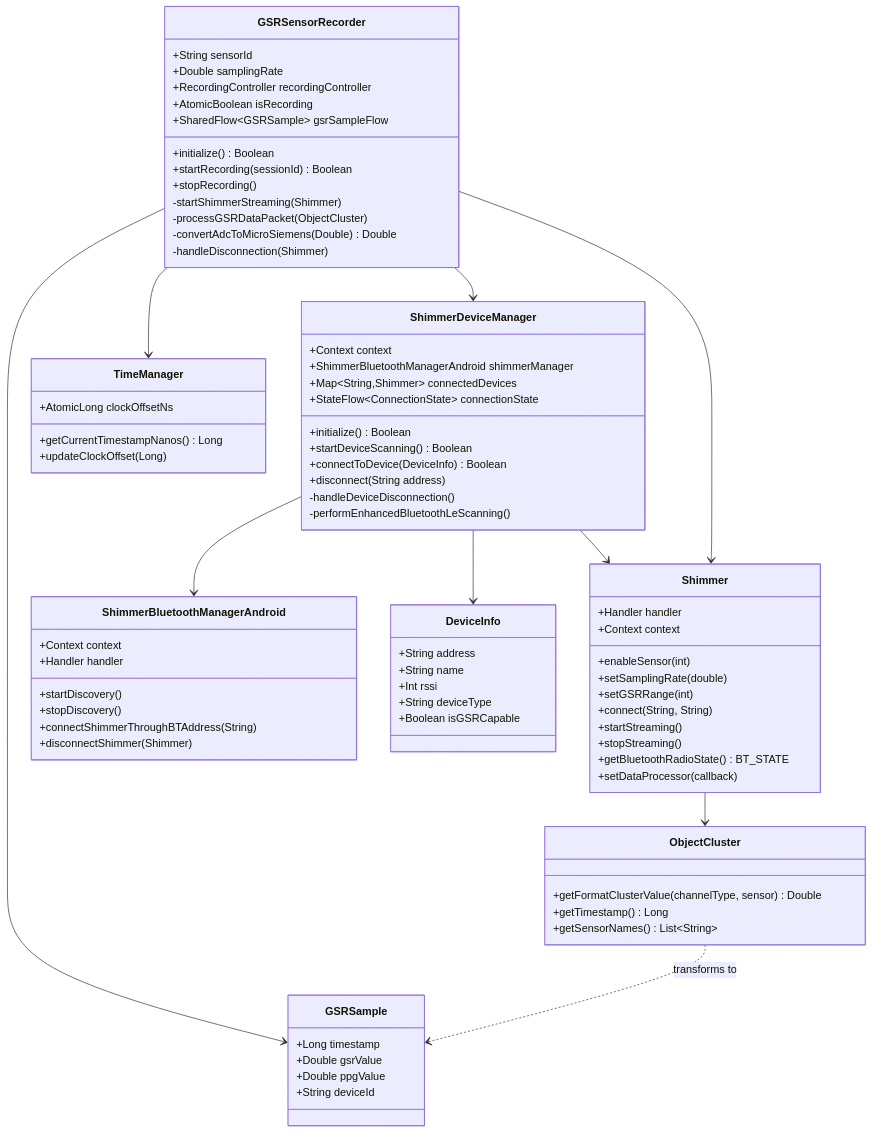
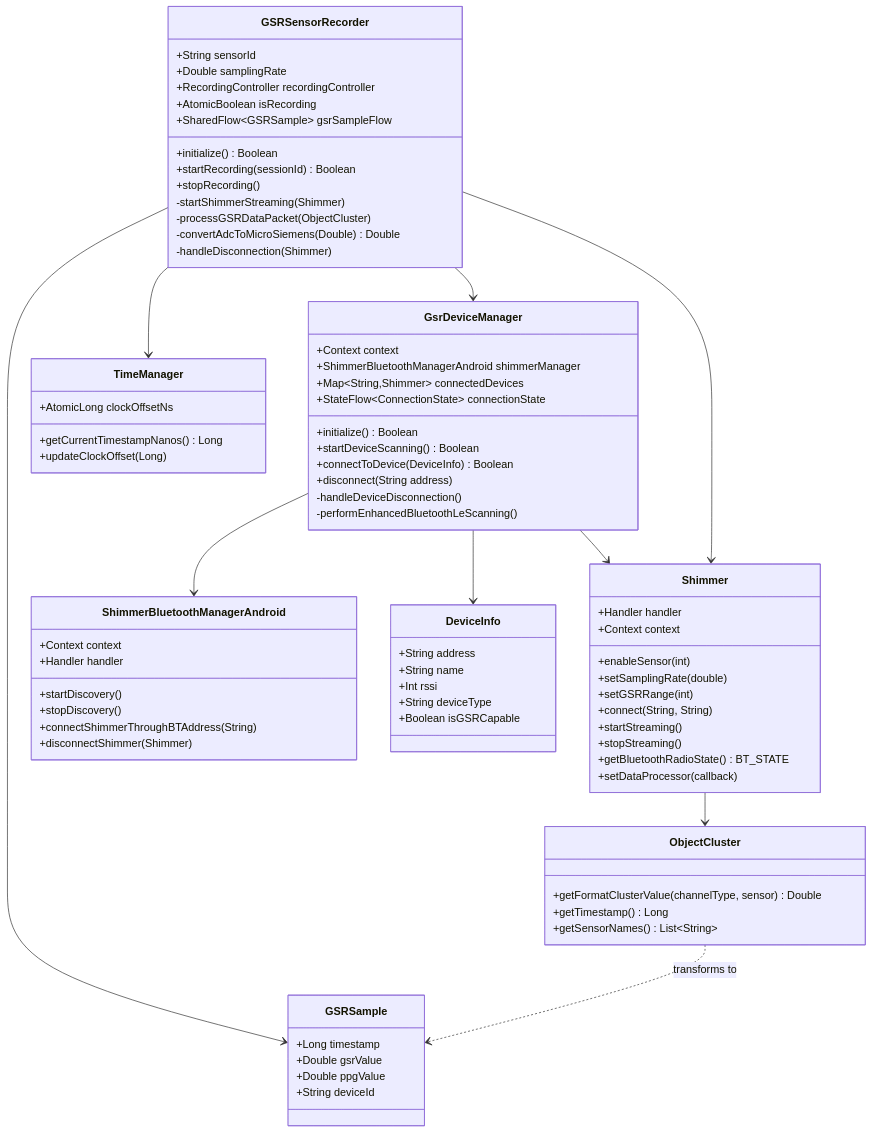
The fifth of 17 diagrams in docs/thesis/diagrams/chapter4-implementation.md (uclgsr/IRCamera), drawn with Mermaid before and after one commit. The commit also changed other lines of this file and 148 other files, not shown here.

````diff
--- a/docs/thesis/diagrams/chapter4-implementation.md
+++ b/docs/thesis/diagrams/chapter4-implementation.md
@@ -679,6 +679,6 @@
 ```mermaid
 classDiagram
-    class ShimmerDeviceManager {
+    class GsrDeviceManager {
         +Context context
         +ShimmerBluetoothManagerAndroid shimmerManager
         +Map~String,Shimmer~ connectedDevices
@@ -755,10 +755,10 @@
         +updateClockOffset(Long)
     }
     
-    ShimmerDeviceManager --> ShimmerBluetoothManagerAndroid
-    ShimmerDeviceManager --> Shimmer
-    ShimmerDeviceManager --> DeviceInfo
-    GSRSensorRecorder --> ShimmerDeviceManager
+    GsrDeviceManager --> ShimmerBluetoothManagerAndroid
+    GsrDeviceManager --> Shimmer
+    GsrDeviceManager --> DeviceInfo
+    GSRSensorRecorder --> GsrDeviceManager
     GSRSensorRecorder --> Shimmer
     GSRSensorRecorder --> TimeManager
     Shimmer --> ObjectCluster
````
